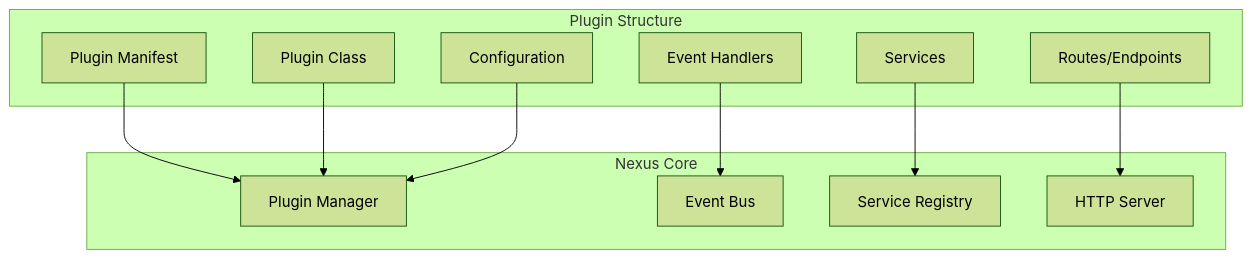
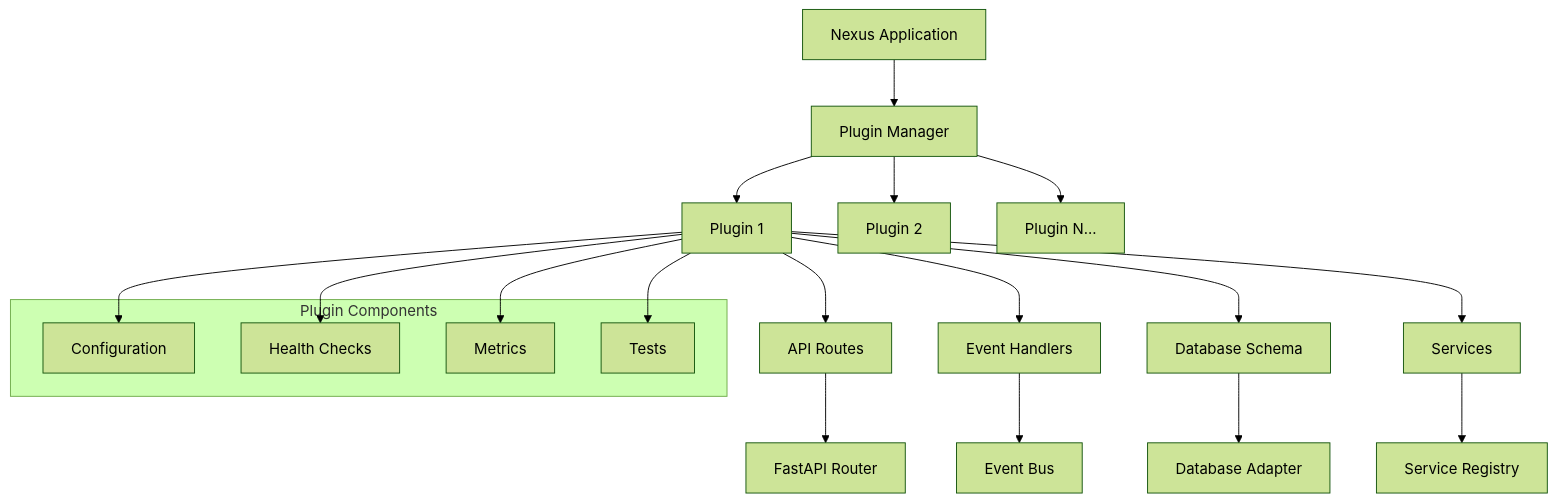
The diagram in docs/plugins/basics.md (dnviti/Nexus), drawn with Mermaid (forest theme) before and after one commit. The commit also changed other lines of this file and 9 other files, not shown here.

````diff
--- a/docs/plugins/basics.md
+++ b/docs/plugins/basics.md
@@ -11,25 +11,29 @@
 ```mermaid
 graph TB
-    subgraph "Plugin Structure"
-        A[Plugin Manifest]
-        B[Plugin Class]
-        C[Routes/Endpoints]
-        D[Event Handlers]
-        E[Services]
-        F[Configuration]
+    A[Nexus Application] --> B[Plugin Manager]
+    B --> C[Plugin 1]
+    B --> D[Plugin 2]
+    B --> E[Plugin N...]
+
+    C --> F[API Routes]
+    C --> G[Event Handlers]
+    C --> H[Database Schema]
+    C --> I[Services]
+
+    F --> J[FastAPI Router]
+    G --> K[Event Bus]
+    H --> L[Database Adapter]
+    I --> M[Service Registry]
+
+    subgraph "Plugin Components"
+        N[Configuration]
+        O[Health Checks]
+        P[Metrics]
+        Q[Tests]
     end
 
-    subgraph "Nexus Core"
-        G[Plugin Manager]
-        H[Event Bus]
-        I[Service Registry]
-        J[HTTP Server]
-    end
-
-    A --> G
-    B --> G
-    C --> J
-    D --> H
-    E --> I
-    F --> G
+    C --> N
+    C --> O
+    C --> P
+    C --> Q
 ```
````
